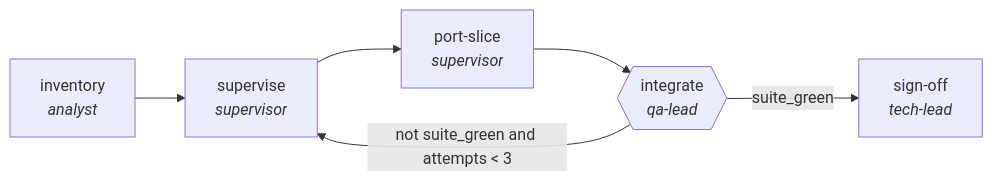
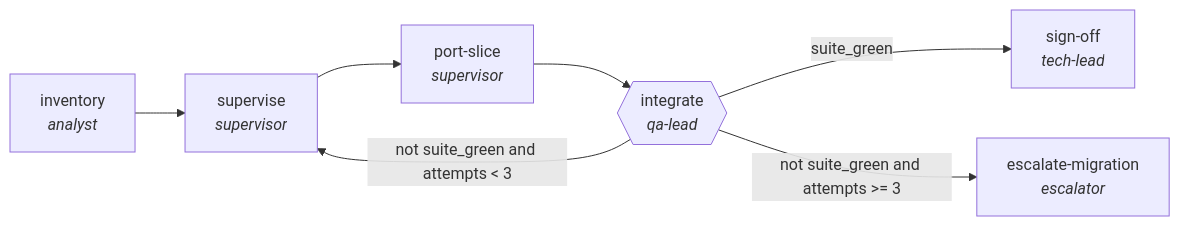
One commit to ypollak2/agenticgraphs changed the diagram in docs/traces/framework-migration.md. Above: the diagram before and after it, drawn with Mermaid. The commit also changed 93 other files, not shown here.

First line of the commit message:
v1.8: eleven graphs can now say the work did not get done

````diff
--- a/docs/traces/framework-migration.md
+++ b/docs/traces/framework-migration.md
@@ -10,13 +10,15 @@
 ```mermaid
 flowchart LR
     N0["inventory<br/><i>analyst</i>"]
     N1["supervise<br/><i>supervisor</i>"]
     N2["port-slice<br/><i>supervisor</i>"]
     N3{{"integrate<br/><i>qa-lead</i>"}}
     N4["sign-off<br/><i>tech-lead</i>"]
+    N5["escalate-migration<br/><i>escalator</i>"]
     N0 --> N1
     N1 --> N2
     N2 --> N3
     N3 -->|not suite_green and attempts < 3| N1
     N3 -->|suite_green| N4
+    N3 -->|not suite_green and attempts >= 3| N5
 ```
````
